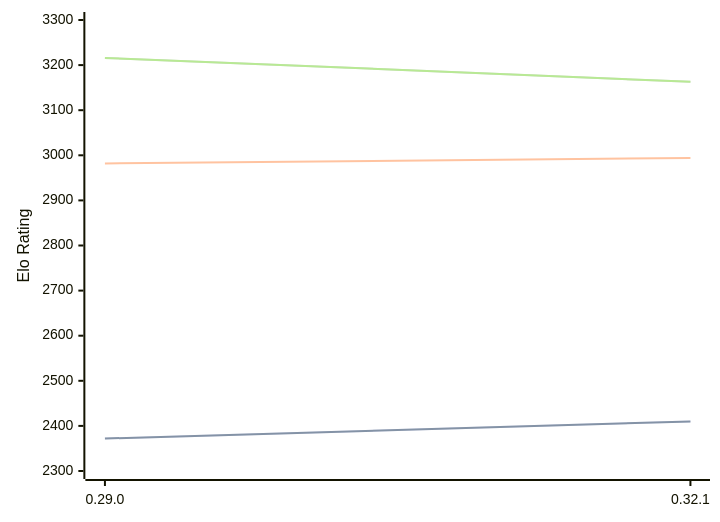
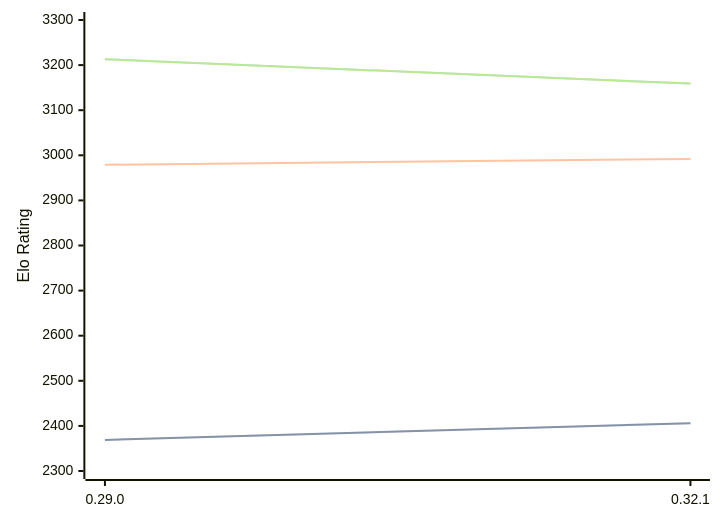
Before and after one commit to computer-chess-index/cci: the diagram in engines/Lc0.md, drawn with Mermaid. The commit also changed other lines of this file, not shown here.

Commit message:
Update CCI Ratings (ELO VLTC) - 2026-06-08

````diff
--- a/engines/Lc0.md
+++ b/engines/Lc0.md
@@ -68,11 +68,11 @@
 ```mermaid
 %%{init: {"theme":"base","themeVariables":{"seriesColors:['#a3a3a3','#222221','#faa371']}}}%%
 xychart-beta
   x-axis ["0.29.0", "0.32.1"]
   y-axis "Elo Rating" 2300 --> 3300
-  line "STC (8.0+0.08s)" [2372, 2410]
-  line "STC (8.0+0.08s)" [2372, 2410]
-  line "LTC (60.0+0.60s)" [2982, 2994]
-  line "VLTC (2m24s+1.12s)" [3216, 3163]
-  line "VLTC (2m24s+1.12s)" [3216, 3163]
+  line "STC (8.0+0.08s)" [2369, 2406]
+  line "STC (8.0+0.08s)" [2369, 2406]
+  line "LTC (60.0+0.60s)" [2979, 2992]
+  line "VLTC (2m24s+1.12s)" [3213, 3159]
+  line "VLTC (2m24s+1.12s)" [3213, 3159]
 ```
````
